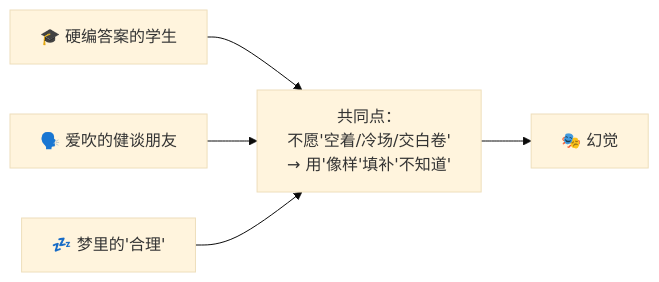
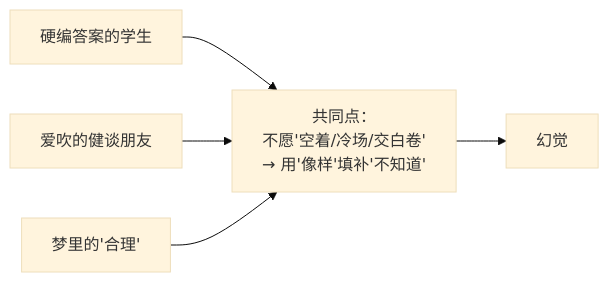
The second of 3 diagrams in docs/02_CONCEPTS_概念入门/CONCEPT/[CONCEPT-31] 什么是幻觉-Hallucination.md (luckykhy/KhyAiHub), drawn with Mermaid (base theme) before and after one commit. The commit also changed other lines of this file and 19 other files, not shown here.

````diff
--- a/docs/02_CONCEPTS_概念入门/CONCEPT/[CONCEPT-31] 什么是幻觉-Hallucination.md
+++ b/docs/02_CONCEPTS_概念入门/CONCEPT/[CONCEPT-31] 什么是幻觉-Hallucination.md
@@ -68,7 +68,7 @@
 ```mermaid
 flowchart LR
-  STU["🎓 硬编答案的学生"] --> CORE["共同点：<br/>不愿'空着/冷场/交白卷'<br/>→ 用'像样'填补'不知道'"]
-  FRI["🗣️ 爱吹的健谈朋友"] --> CORE
-  DREAM["💤 梦里的'合理'"] --> CORE
-  CORE --> HALL["🎭 幻觉"]
+  STU["硬编答案的学生"] --> CORE["共同点：<br/>不愿'空着/冷场/交白卷'<br/>→ 用'像样'填补'不知道'"]
+  FRI["爱吹的健谈朋友"] --> CORE
+  DREAM["梦里的'合理'"] --> CORE
+  CORE --> HALL["幻觉"]
 ```
````
